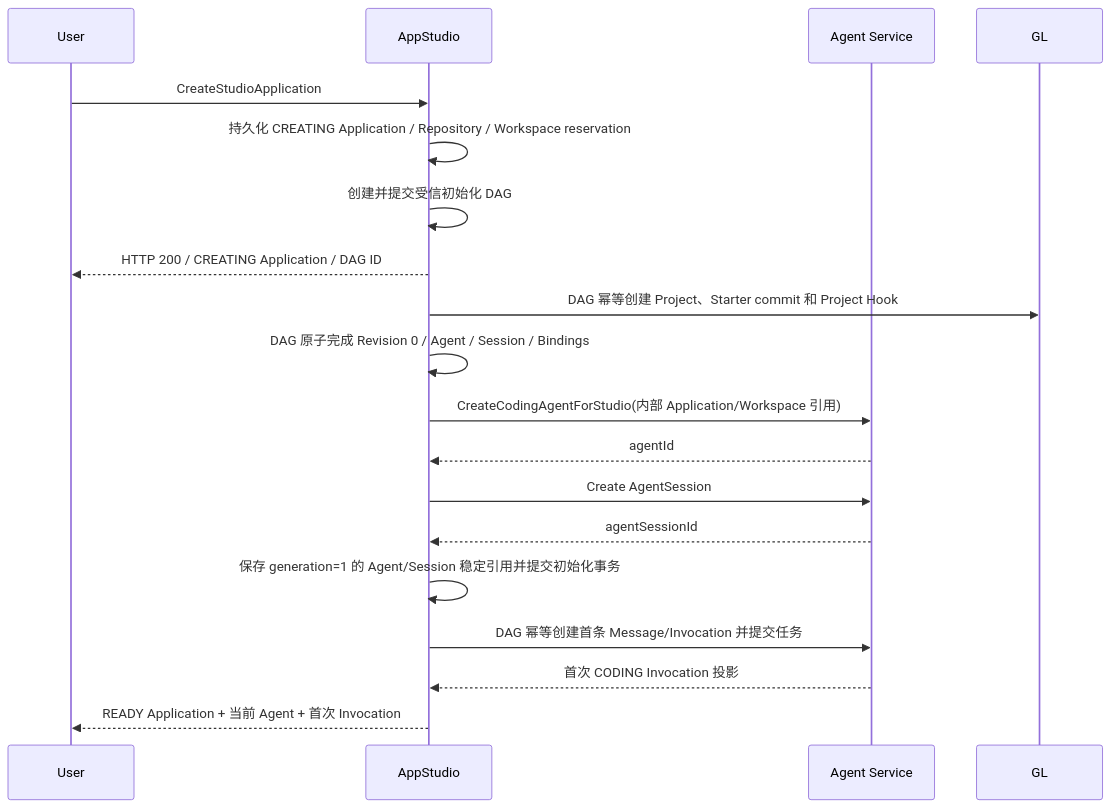
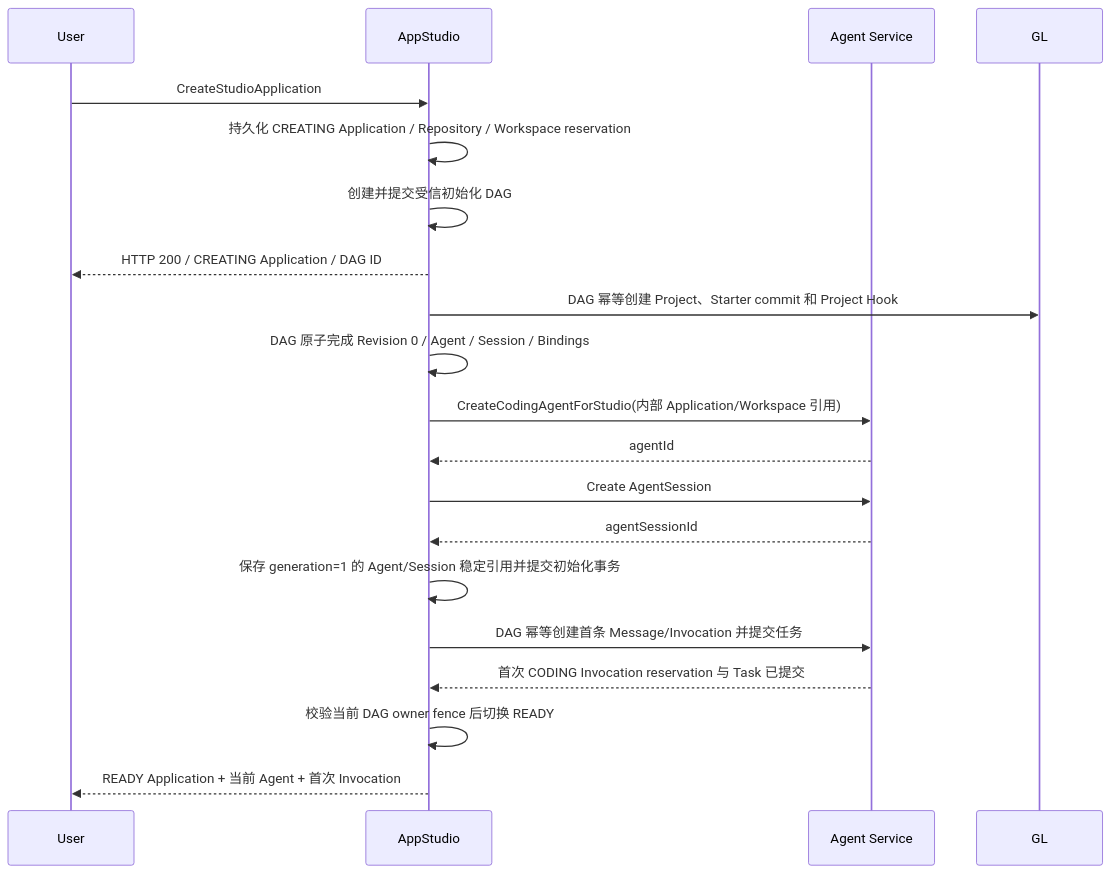
One commit to wangweihong/omnimam-spec changed the third of 11 diagrams in 00_product/domains/appstudio/product-spec.md. Above: the diagram before and after it, drawn with Mermaid. The commit also changed other lines of this file and 12 other files, not shown here.

````diff
--- a/00_product/domains/appstudio/product-spec.md
+++ b/00_product/domains/appstudio/product-spec.md
@@ -1046,24 +1046,25 @@
 ```mermaid
 sequenceDiagram
     participant U as User
     participant ST as AppStudio
     participant AS as Agent Service
 
     U->>ST: CreateStudioApplication
     ST->>ST: 持久化 CREATING Application / Repository / Workspace reservation
     ST->>ST: 创建并提交受信初始化 DAG
     ST-->>U: HTTP 200 / CREATING Application / DAG ID
     ST->>GL: DAG 幂等创建 Project、Starter commit 和 Project Hook
     ST->>ST: DAG 原子完成 Revision 0 / Agent / Session / Bindings
 
     ST->>AS: CreateCodingAgentForStudio(内部 Application/Workspace 引用)
     AS-->>ST: agentId
 
     ST->>AS: Create AgentSession
     AS-->>ST: agentSessionId
 
     ST->>ST: 保存 generation=1 的 Agent/Session 稳定引用并提交初始化事务
     ST->>AS: DAG 幂等创建首条 Message/Invocation 并提交任务
-    AS-->>ST: 首次 CODING Invocation 投影
+    AS-->>ST: 首次 CODING Invocation reservation 与 Task 已提交
+    ST->>ST: 校验当前 DAG owner fence 后切换 READY
     ST-->>U: READY Application + 当前 Agent + 首次 Invocation
 ```
````
